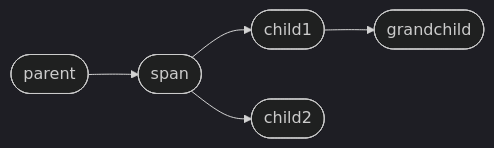
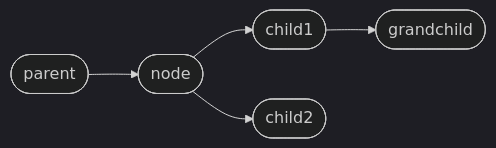
One commit to rmorshea/artigraph changed the first of 8 diagrams in docs/usage.md. Above: the diagram before and after it, drawn with Mermaid (dark theme). The commit also changed other lines of this file and 7 other files, not shown here.

````diff
--- a/docs/usage.md
+++ b/docs/usage.md
@@ -224,12 +228,12 @@
 ```mermaid
 graph LR
     p([parent])
-    s([span])
+    n([node])
     c1([child1])
     c2([child2])
     g([grandchild])
-    p --> s
-    s --> c1
-    s --> c2
+    p --> n
+    n --> c1
+    n --> c2
     c1 --> g
 ```
````
